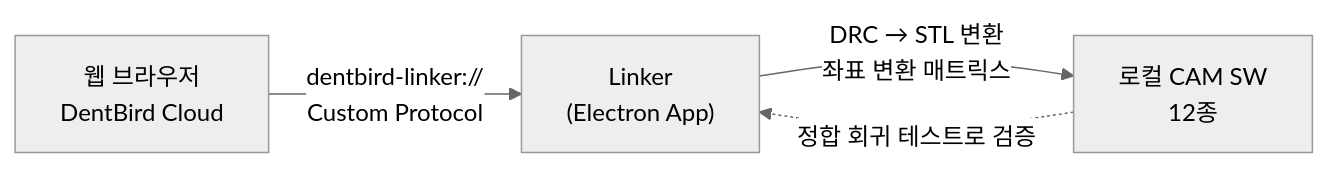
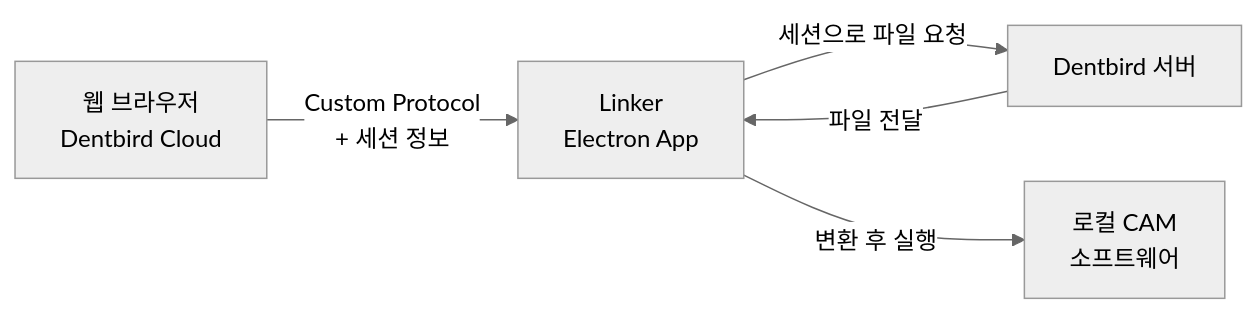
Before and after one commit to crowwan/resume: the first of 4 diagrams in portfolio.md, drawn with Mermaid (neutral theme). The commit also changed other lines of this file and 7 other files, not shown here.

````diff
--- a/portfolio.md
+++ b/portfolio.md
@@ -32,9 +31,11 @@
 ```mermaid
 flowchart LR
-  W["웹 브라우저<br/>DentBird Cloud"]
-  E["Linker<br/>(Electron App)"]
-  C["로컬 CAM SW<br/>12종"]
-  W -->|"dentbird-linker://<br/>Custom Protocol"| E
-  E -->|"DRC → STL 변환<br/>좌표 변환 매트릭스"| C
-  C -.->|"정합 회귀 테스트로 검증"| E
+  W["웹 브라우저<br/>Dentbird Cloud"]
+  E["Linker<br/>Electron App"]
+  S["Dentbird 서버"]
+  C["로컬 CAM<br/>소프트웨어"]
+  W -->|"Custom Protocol<br/>+ 세션 정보"| E
+  E -->|"세션으로 파일 요청"| S
+  S -->|"파일 전달"| E
+  E -->|"변환 후 실행"| C
 ```
````
